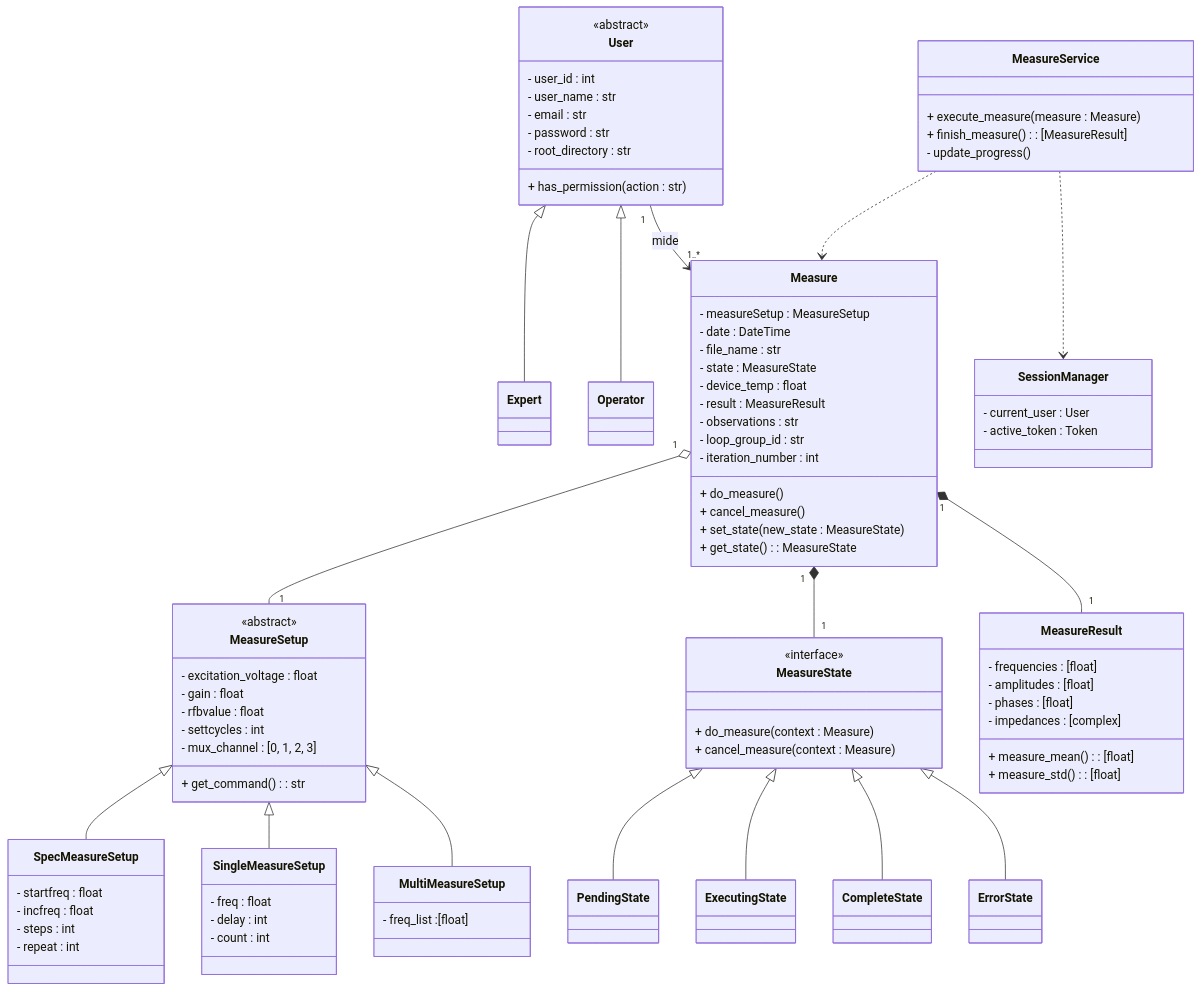
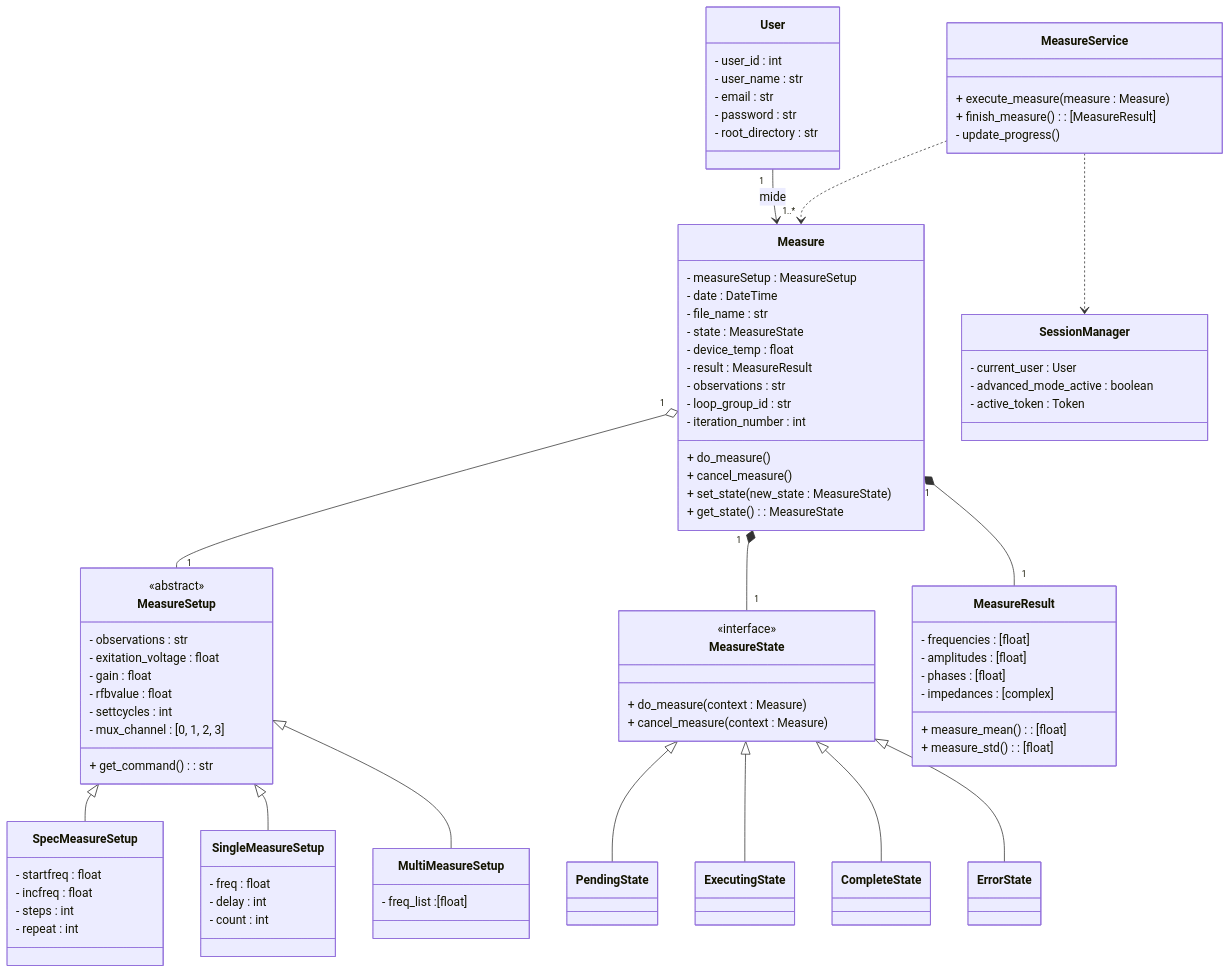
Before and after one commit to alegrelias/Repo-GMini: diagram 15 of 22 in Gmini-MarkDown/Guanaco Mini.md, drawn with Mermaid. The commit also changed other lines of this file, not shown here.

Commit message:
Se agregan diagramas de CU actualizados al documento

````diff
--- a/Gmini-MarkDown/Guanaco Mini.md
+++ b/Gmini-MarkDown/Guanaco Mini.md
@@ -1521,9 +1490,5 @@
 ```mermaid
 classDiagram
-
-%% jerarquias
-User <|-- Expert
-User <|-- Operator
 
 MeasureSetup <|-- SpecMeasureSetup
 MeasureSetup <|-- SingleMeasureSetup
@@ -1536,19 +1501,12 @@
 
 %% clases
 class User {
-	<<abstract>>
 	- user_id : int
 	- user_name : str
 	- email : str
 	- password : str
 	- root_directory : str
-	+ has_permission(action : str)
-}
-
-class Operator{
-
-}
-class Expert{
+	
 }
 
 class Measure {
@@ -1569,12 +1527,14 @@
 
 class SessionManager{
 	- current_user : User
+	- advanced_mode_active : boolean
 	- active_token : Token
 }
 
 class MeasureSetup {
 		<<abstract>>
-		- excitation_voltage : float
+		- observations : str
+		- exitation_voltage : float
 		- gain : float
 		- rfbvalue : float
 		- settcycles : int
````
